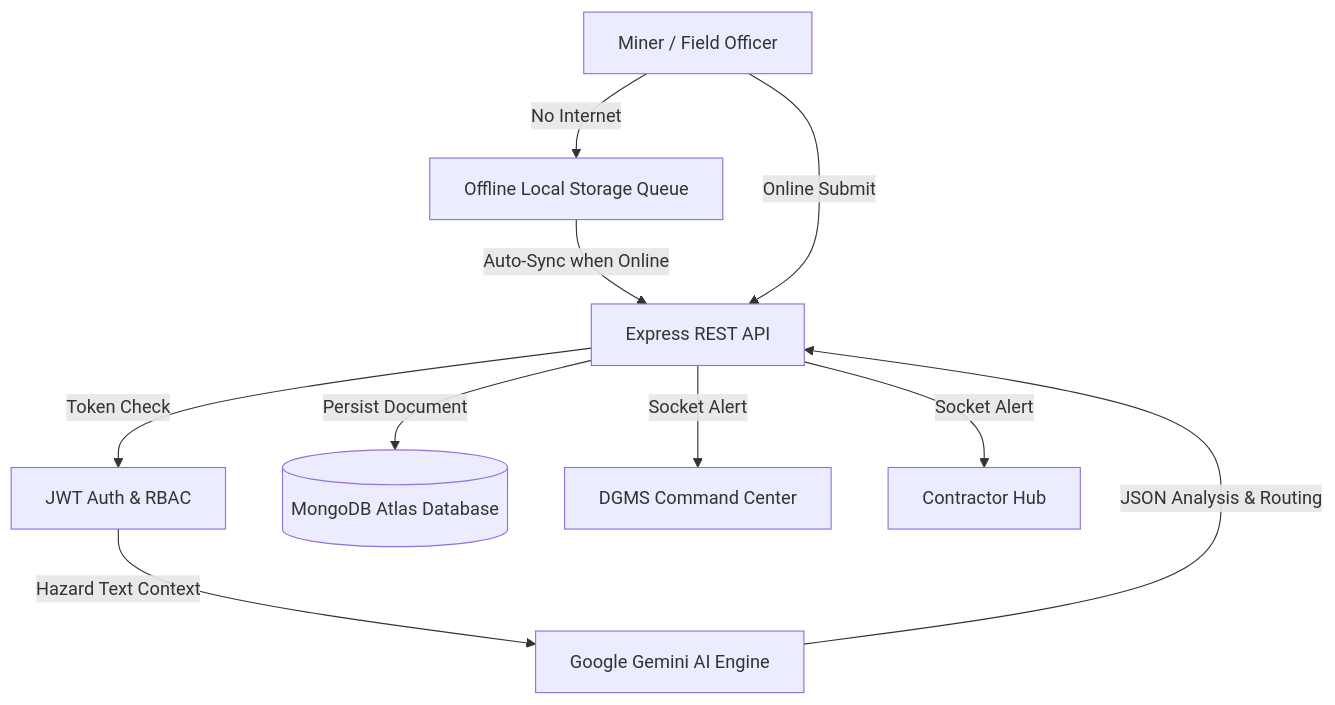
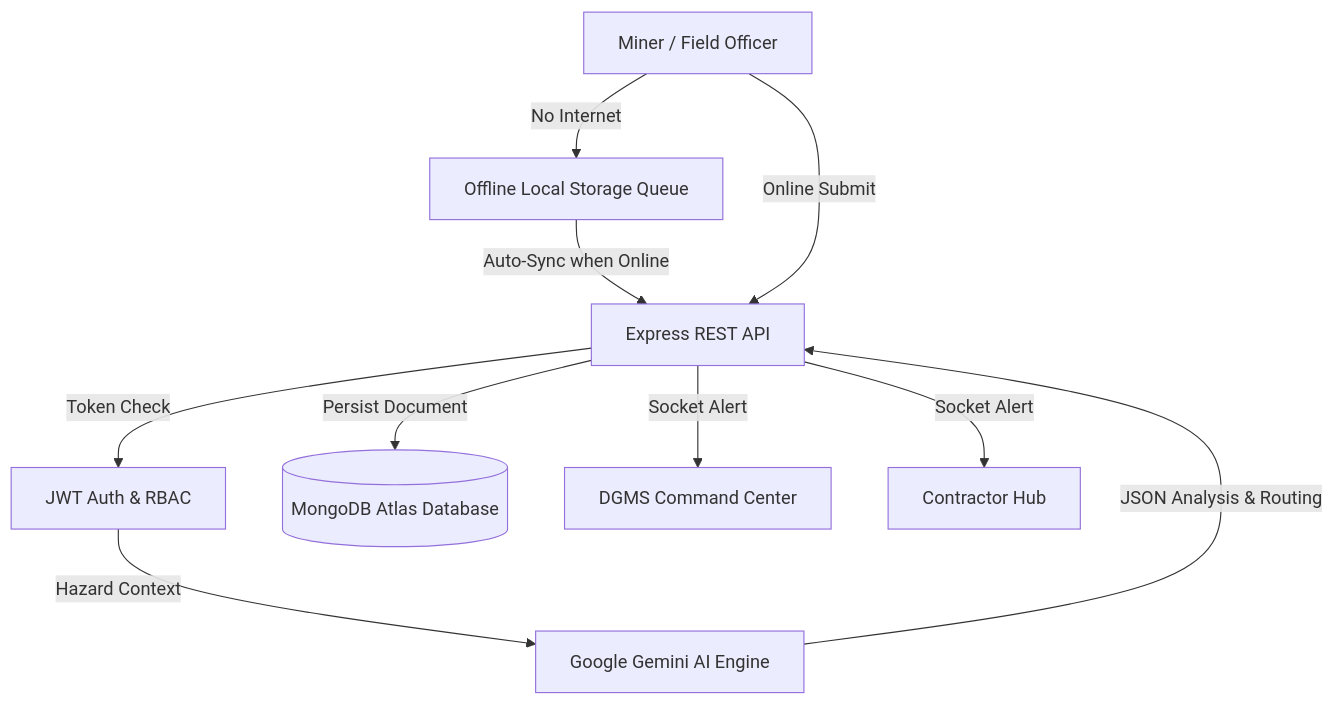
Before and after one commit to ayush-3945/ai-smart-issue-routing: the diagram in README.md, drawn with Mermaid. The commit also changed other lines of this file, not shown here.

````diff
--- a/README.md
+++ b/README.md
@@ -58,12 +54,12 @@
 ```mermaid
 graph TD;
     Miner[Miner / Field Officer] -->|No Internet| LocalStorage[Offline Local Storage Queue];
     LocalStorage -->|Auto-Sync when Online| Express[Express REST API];
     Miner -->|Online Submit| Express;
     Express -->|Token Check| AuthMiddleware[JWT Auth & RBAC];
-    AuthMiddleware -->|Hazard Text Context| Gemini[Google Gemini AI Engine];
+    AuthMiddleware -->|Hazard Context| Gemini[Google Gemini AI Engine];
     Gemini -->|JSON Analysis & Routing| Express;
     Express -->|Persist Document| MongoDB[(MongoDB Atlas Database)];
     Express -->|Socket Alert| Admin[DGMS Command Center];
     Express -->|Socket Alert| Contractor[Contractor Hub];
 ```
````
